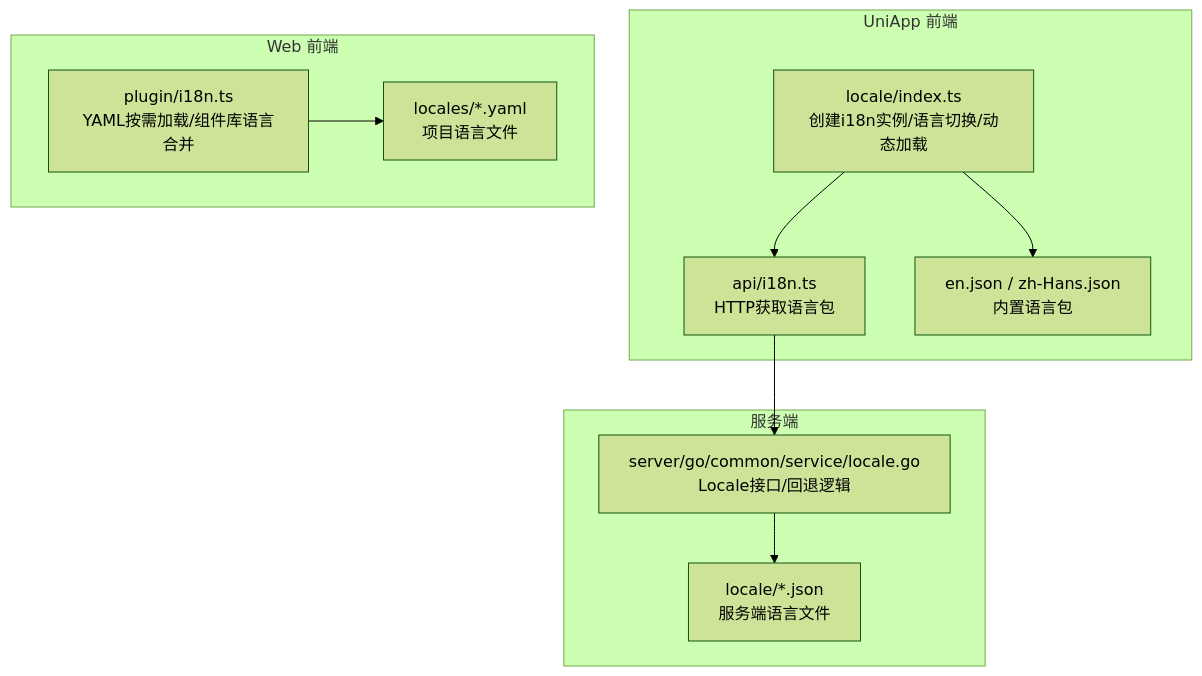
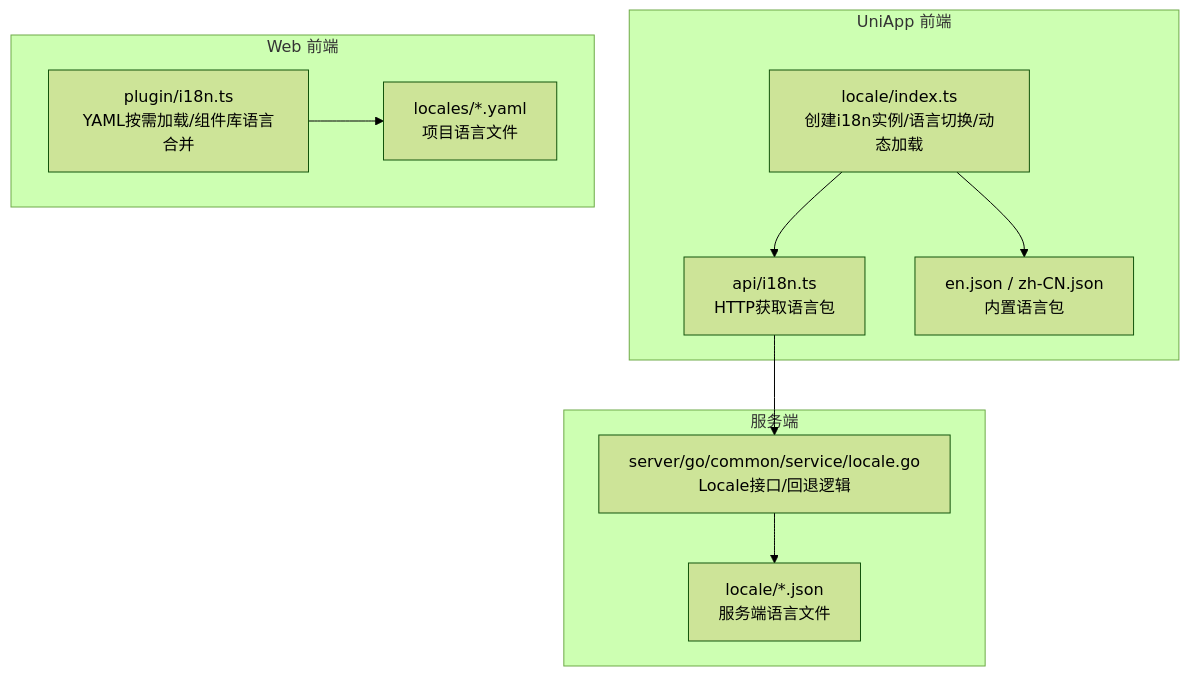
The first of 6 diagrams in .qoder/repowiki/zh/content/开发工具/diamond前端库/国际化支持.md (liov/hoper), drawn with Mermaid (forest theme) before and after one commit. The commit also changed other lines of this file and 49 other files, not shown here.

````diff
--- a/.qoder/repowiki/zh/content/开发工具/diamond前端库/国际化支持.md
+++ b/.qoder/repowiki/zh/content/开发工具/diamond前端库/国际化支持.md
@@ -39,21 +39,21 @@
 ```mermaid
 graph TB
 subgraph "UniApp 前端"
 UA_Index["locale/index.ts<br/>创建i18n实例/语言切换/动态加载"]
 UA_API["api/i18n.ts<br/>HTTP获取语言包"]
-UA_JSON["en.json / zh-Hans.json<br/>内置语言包"]
+UA_JSON["en.json / zh-CN.json<br/>内置语言包"]
 end
 subgraph "Web 前端"
 WEB_Plugin["plugin/i18n.ts<br/>YAML按需加载/组件库语言合并"]
 WEB_YAML["locales/*.yaml<br/>项目语言文件"]
 end
 subgraph "服务端"
 SVC_Locale["server/go/common/service/locale.go<br/>Locale接口/回退逻辑"]
 SVC_JSON["locale/*.json<br/>服务端语言文件"]
 end
 UA_Index --> UA_API
 UA_Index --> UA_JSON
 WEB_Plugin --> WEB_YAML
 UA_API --> SVC_Locale
 SVC_Locale --> SVC_JSON
 ```
````
